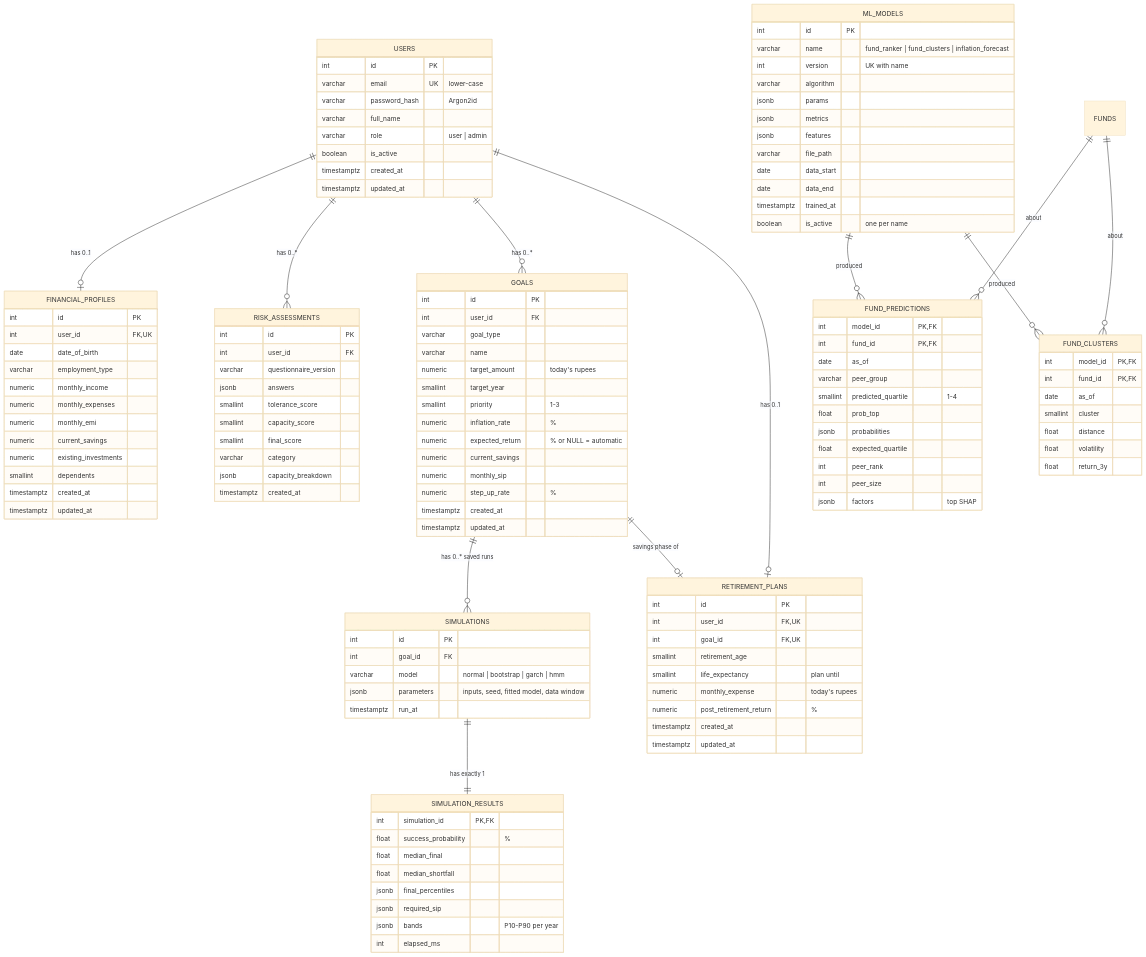
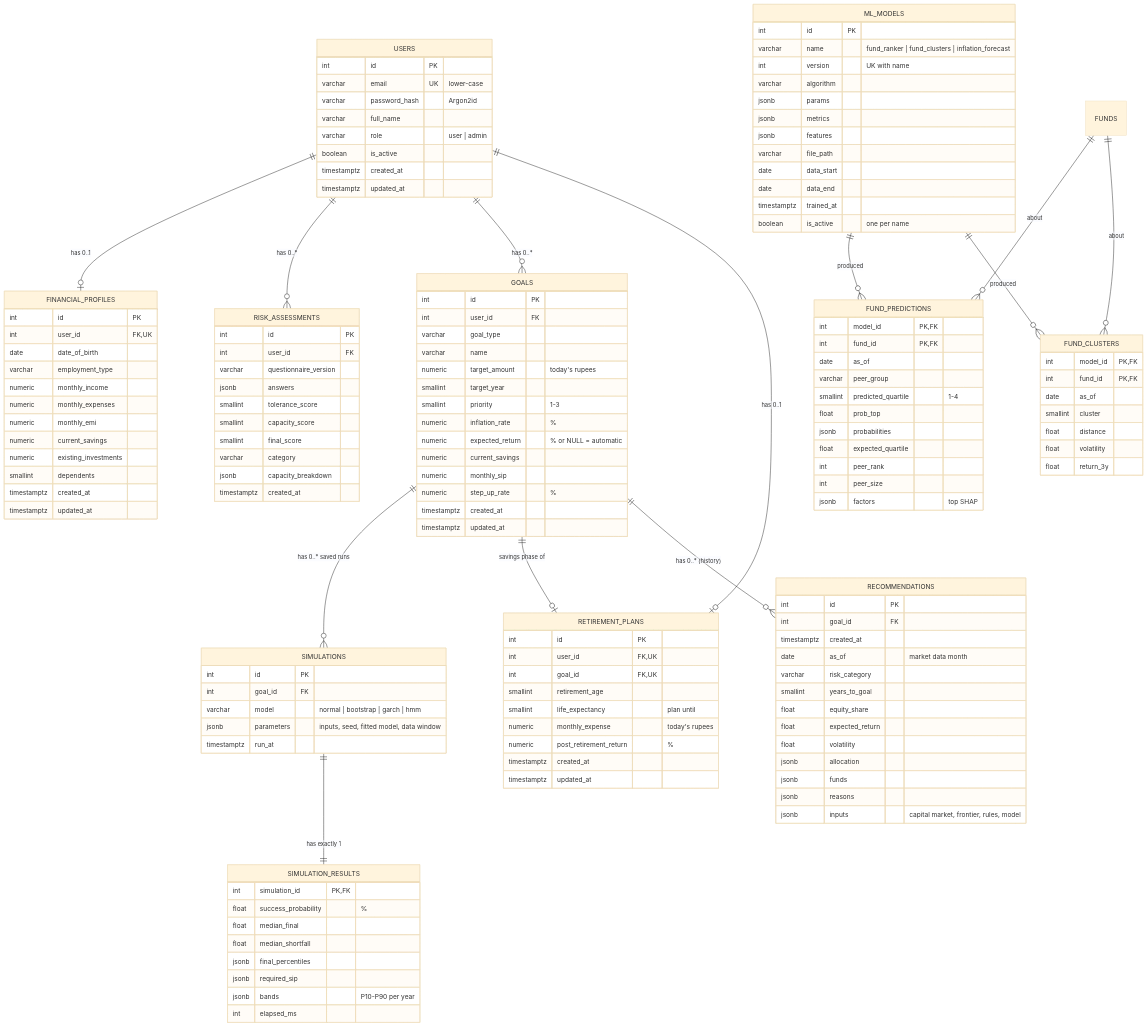
Before and after one commit to Mugundh98/goal_based_calculator: the first of 2 diagrams in docs/database.md, drawn with Mermaid (base theme). The commit also changed other lines of this file and 11 other files, not shown here.

```diff
--- a/docs/database.md
+++ b/docs/database.md
@@ -15,6 +15,7 @@
     SIMULATIONS ||--|| SIMULATION_RESULTS : "has exactly 1"
     USERS ||--o| RETIREMENT_PLANS : "has 0..1"
     GOALS ||--o| RETIREMENT_PLANS : "savings phase of"
+    GOALS ||--o{ RECOMMENDATIONS : "has 0..* (history)"
     ML_MODELS ||--o{ FUND_PREDICTIONS : "produced"
     ML_MODELS ||--o{ FUND_CLUSTERS : "produced"
     FUNDS ||--o{ FUND_PREDICTIONS : "about"
@@ -70,6 +71,21 @@
         numeric step_up_rate "%"
         timestamptz created_at
         timestamptz updated_at
+    }
+    RECOMMENDATIONS {
+        int id PK
+        int goal_id FK
+        timestamptz created_at
+        date as_of "market data month"
+        varchar risk_category
+        smallint years_to_goal
+        float equity_share
+        float expected_return
+        float volatility
+        jsonb allocation
+        jsonb funds
+        jsonb reasons
+        jsonb inputs "capital market, frontier, rules, model"
     }
     ML_MODELS {
         int id PK
```
